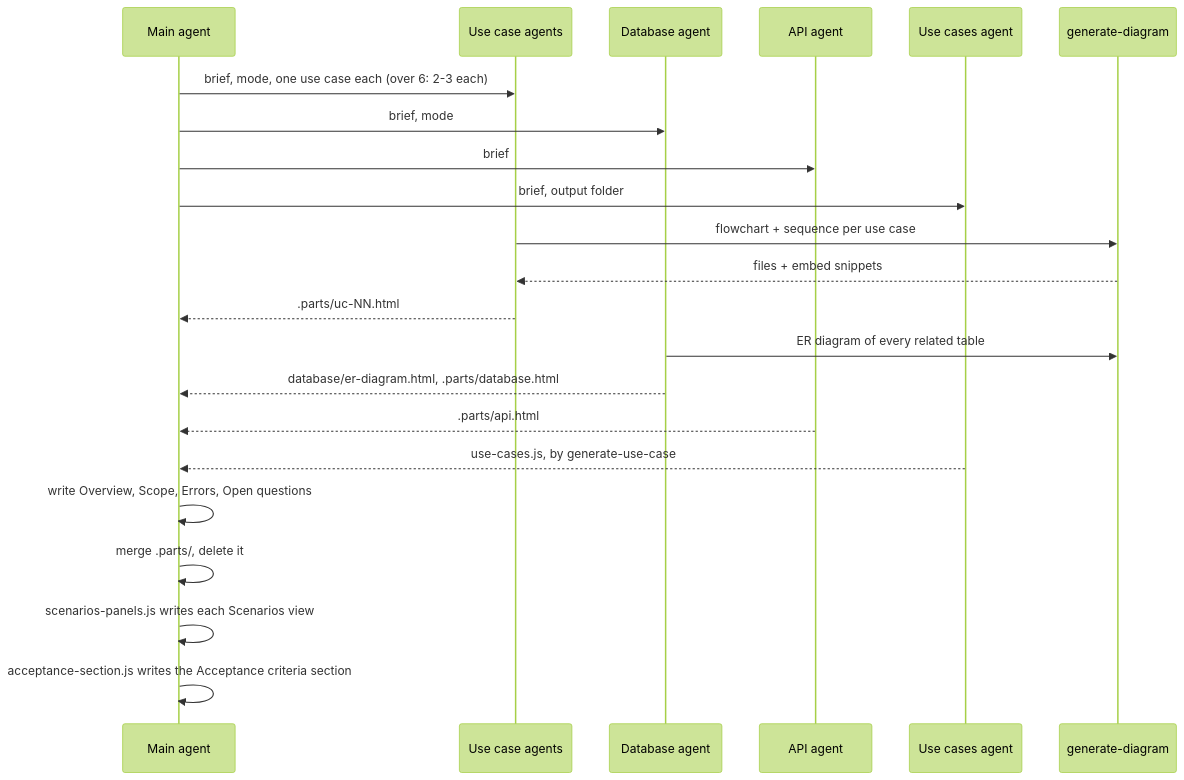
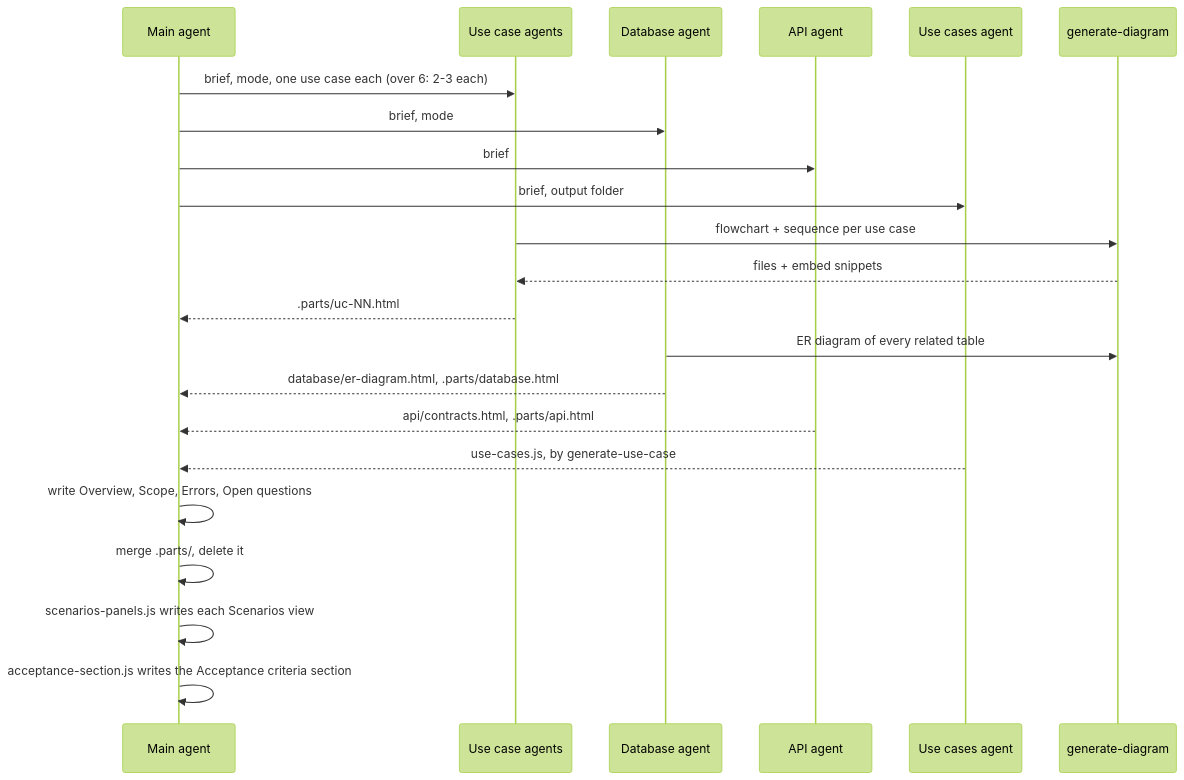
One commit to naphatwx/naphatwx-tools changed the second of 3 diagrams in plugins/naphatwx-tools/skills/design-feature/README.md. Above: the diagram before and after it, drawn with Mermaid (forest theme). The commit also changed other lines of this file and 9 other files, not shown here.

First line of the commit message:
feat(design-feature): API contracts as their own board page

````diff
--- a/plugins/naphatwx-tools/skills/design-feature/README.md
+++ b/plugins/naphatwx-tools/skills/design-feature/README.md
@@ -45,24 +45,24 @@
 ```mermaid
 sequenceDiagram
     participant M as Main agent
     participant U as Use case agents
     participant D as Database agent
     participant A as API agent
     participant C as Use cases agent
     participant G as generate-diagram
     M->>U: brief, mode, one use case each (over 6: 2-3 each)
     M->>D: brief, mode
     M->>A: brief
     M->>C: brief, output folder
     U->>G: flowchart + sequence per use case
     G-->>U: files + embed snippets
     U-->>M: .parts/uc-NN.html
     D->>G: ER diagram of every related table
     D-->>M: database/er-diagram.html, .parts/database.html
-    A-->>M: .parts/api.html
+    A-->>M: api/contracts.html, .parts/api.html
     C-->>M: use-cases.js, by generate-use-case
     M->>M: write Overview, Scope, Errors, Open questions
     M->>M: merge .parts/, delete it
     M->>M: scenarios-panels.js writes each Scenarios view
     M->>M: acceptance-section.js writes the Acceptance criteria section
 ```
````
